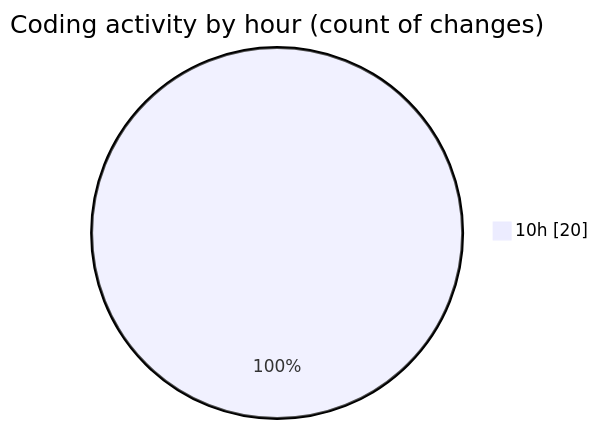
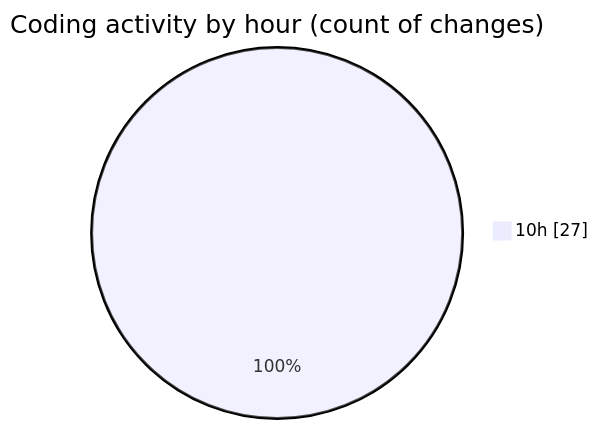
One commit to CELIANVF/code-tracking changed the second of 2 diagrams in 2025-04-15/portfolio/README.md. Above: the diagram before and after it, drawn with Mermaid. The commit also changed other lines of this file and 1 other file, not shown here.

````diff
--- a/2025-04-15/portfolio/README.md
+++ b/2025-04-15/portfolio/README.md
@@ -30,5 +30,5 @@
 ```mermaid
 pie showData
 title Coding activity by hour (count of changes)
-"10h" : 20
+"10h" : 27
 ```
````
